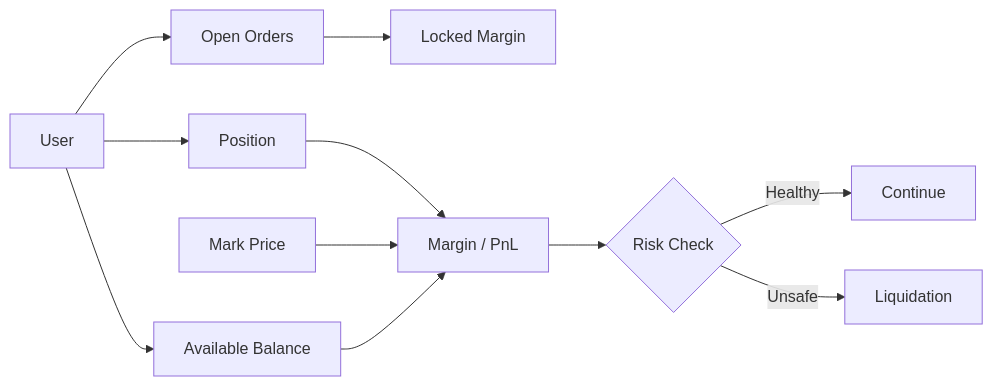
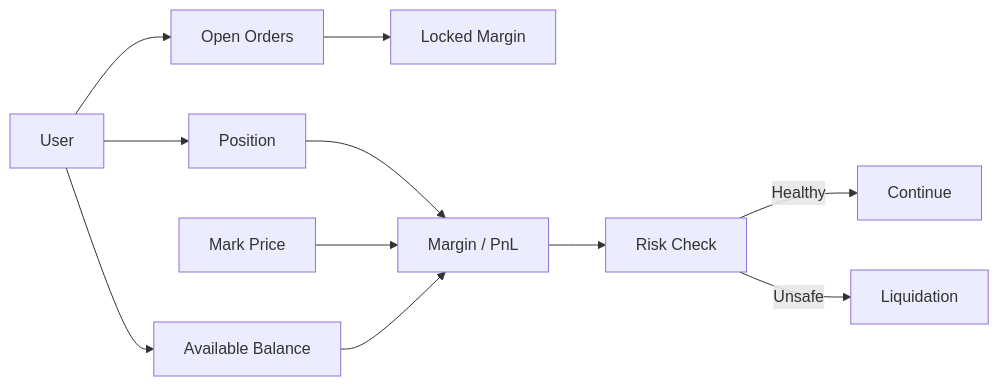
Before and after one commit to MANI-116/PERP: the third of 7 diagrams in README.md, drawn with Mermaid. The commit also changed other lines of this file, not shown here.

````diff
--- a/README.md
+++ b/README.md
@@ -155,13 +168,13 @@
 ```mermaid
 flowchart LR
     U[User] --> B[Available Balance]
     U --> O[Open Orders]
     U --> P[Position]
     O --> L[Locked Margin]
     P --> M[Margin / PnL]
     MP[Mark Price] --> M
     B --> M
-    M --> R{Risk Check}
+    M --> R[Risk Check]
     R -->|Healthy| N[Continue]
     R -->|Unsafe| Q[Liquidation]
 ```
````
